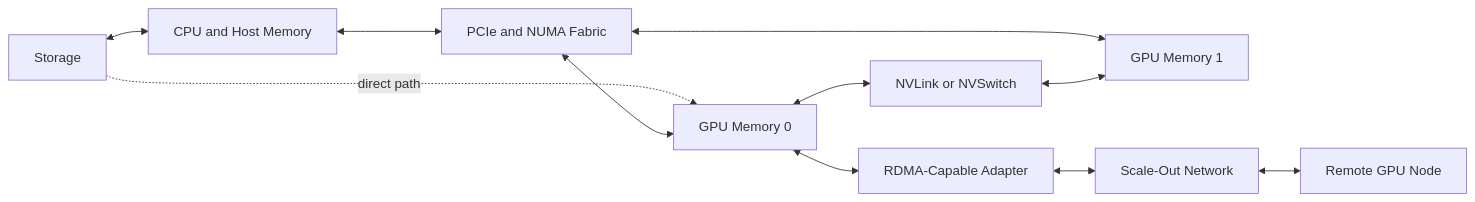
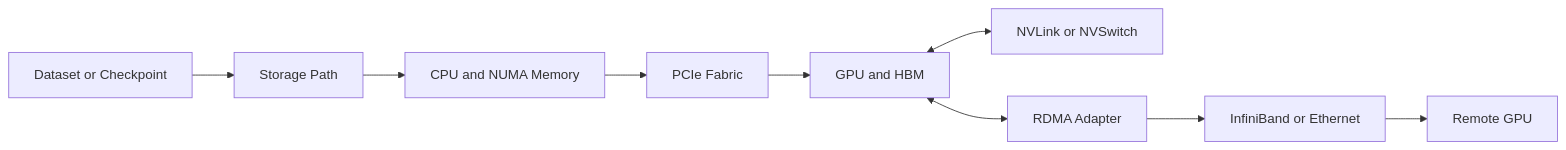
The first of 2 diagrams in docs/nvidia-zero-to-hero/volume-07/chapter-12-volume-07-summary.md (jithinpnjm/nvidia-devops), drawn with Mermaid before and after one commit. The commit also changed other lines of this file, not shown here.

````diff
--- a/docs/nvidia-zero-to-hero/volume-07/chapter-12-volume-07-summary.md
+++ b/docs/nvidia-zero-to-hero/volume-07/chapter-12-volume-07-summary.md
@@ -31,21 +21,16 @@
 ```mermaid
 flowchart LR
-    Storage[Storage]
-    CPU[CPU and Host Memory]
-    PCIe[PCIe and NUMA Fabric]
-    GPU0[GPU Memory 0]
+    Data[Dataset or Checkpoint]
+    Storage[Storage Path]
+    CPU[CPU and NUMA Memory]
+    PCIe[PCIe Fabric]
+    GPU[GPU and HBM]
     ScaleUp[NVLink or NVSwitch]
-    GPU1[GPU Memory 1]
-    NIC[RDMA-Capable Adapter]
-    Fabric[Scale-Out Network]
-    Remote[Remote GPU Node]
+    NIC[RDMA Adapter]
+    ScaleOut[InfiniBand or Ethernet]
+    Remote[Remote GPU]
 
-    Storage <--> CPU
-    Storage -. direct path .-> GPU0
-    CPU <--> PCIe
-    PCIe <--> GPU0
-    PCIe <--> GPU1
-    GPU0 <--> ScaleUp <--> GPU1
-    GPU0 <--> NIC
-    NIC <--> Fabric <--> Remote
+    Data --> Storage --> CPU --> PCIe --> GPU
+    GPU <--> ScaleUp
+    GPU <--> NIC --> ScaleOut --> Remote
 ```
````
